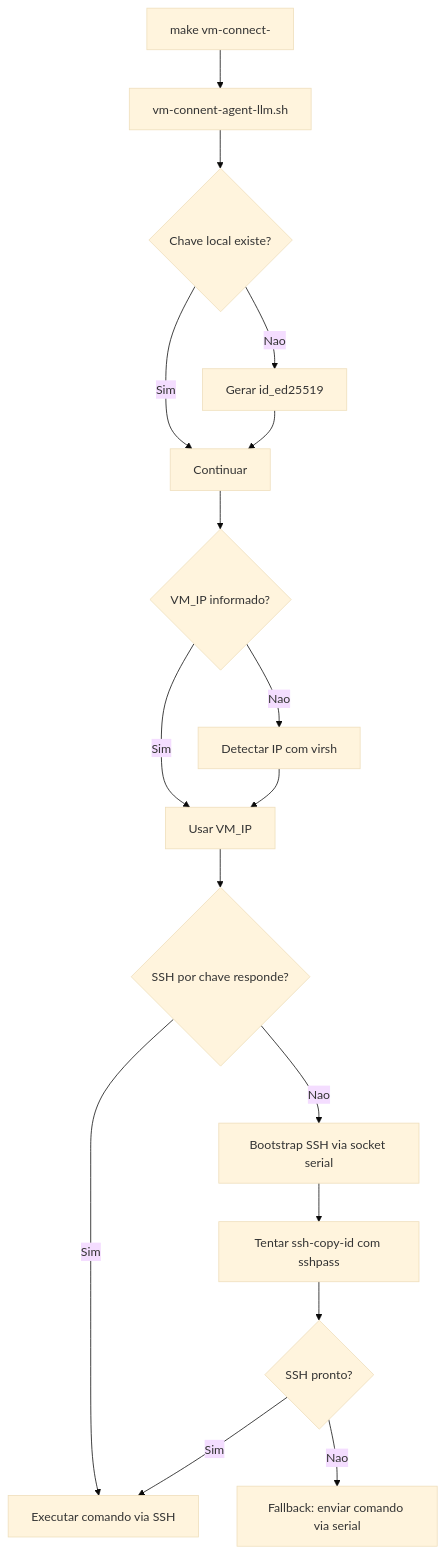
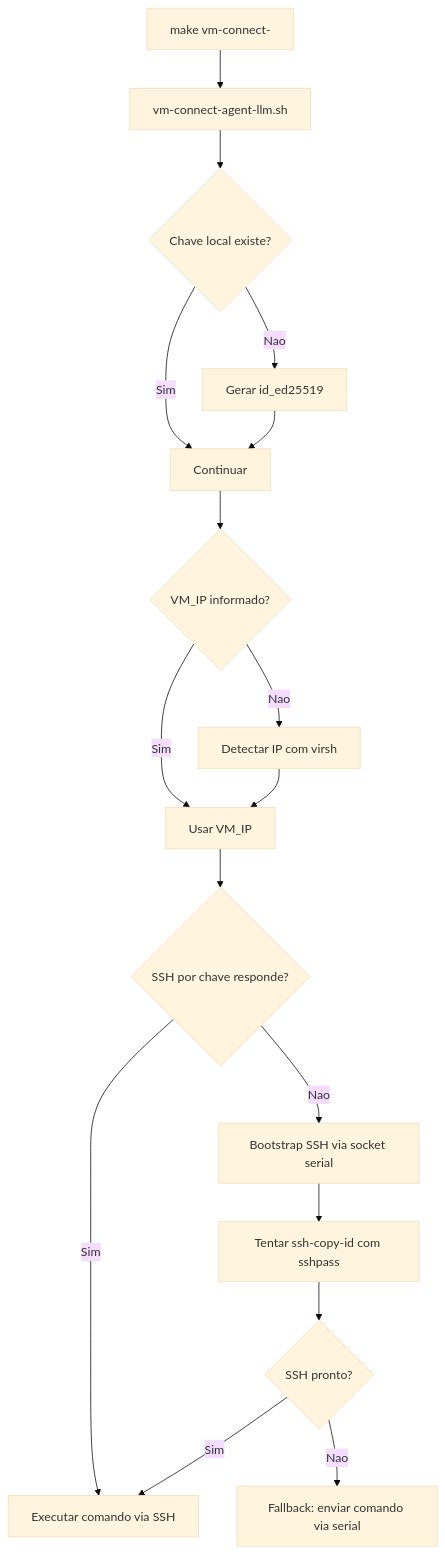
One commit to helton-godoy/build-iso changed the sixth of 6 diagrams in docs/AI_SPEC_DRIVEN_WORKFLOW.md. Above: the diagram before and after it, drawn with Mermaid (base theme). The commit also changed other lines of this file and 13 other files, not shown here.

````diff
--- a/docs/AI_SPEC_DRIVEN_WORKFLOW.md
+++ b/docs/AI_SPEC_DRIVEN_WORKFLOW.md
@@ -204,21 +208,21 @@
 ```mermaid
 flowchart TD
-    A[make vm-connect-<mode>] --> B[vm-connent-agent-llm.sh]
+    A[make vm-connect-<mode>] --> B[vm-connect-agent-llm.sh]
     B --> C{Chave local existe?}
     C -->|Nao| D[Gerar id_ed25519]
     C -->|Sim| E[Continuar]
     D --> E
 
     E --> F{VM_IP informado?}
     F -->|Sim| G[Usar VM_IP]
     F -->|Nao| H[Detectar IP com virsh]
     H --> G
 
     G --> I{SSH por chave responde?}
     I -->|Sim| J[Executar comando via SSH]
     I -->|Nao| K[Bootstrap SSH via socket serial]
     K --> L[Tentar ssh-copy-id com sshpass]
     L --> M{SSH pronto?}
     M -->|Sim| J
     M -->|Nao| N[Fallback: enviar comando via serial]
 ```
````
